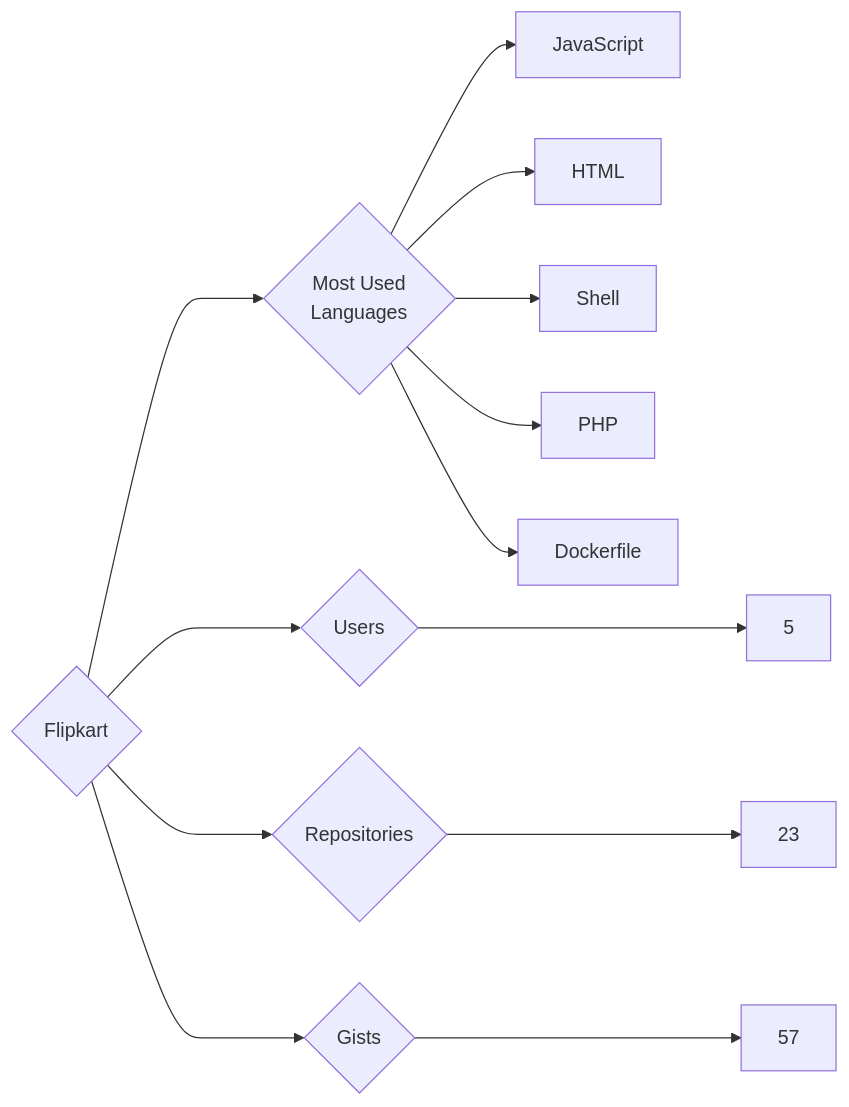
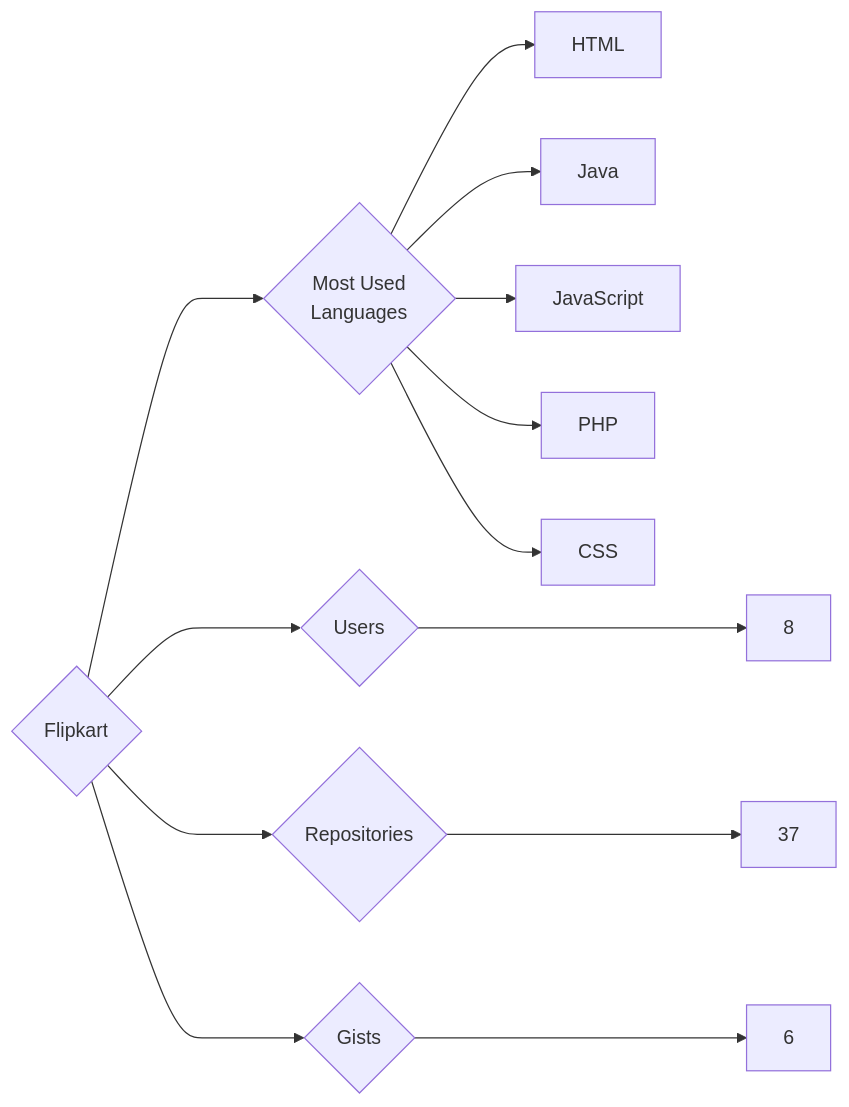
The diagram in targets/Flipkart/README.md (trickest/insiders), drawn with Mermaid before and after one commit. The commit also changed 840 other files, not shown here.

````diff
--- a/targets/Flipkart/README.md
+++ b/targets/Flipkart/README.md
@@ -3,13 +3,13 @@
 ```mermaid
 graph LR
 COMPANY_NAME{Flipkart}
-COMPANY_NAME ---> U{Users} ---> UN[5]
-COMPANY_NAME ---> R{Repositories} ---> RN[23]
-COMPANY_NAME ---> G{Gists} ---> GN[57]
+COMPANY_NAME ---> U{Users} ---> UN[8]
+COMPANY_NAME ---> R{Repositories} ---> RN[37]
+COMPANY_NAME ---> G{Gists} ---> GN[6]
 COMPANY_NAME ---> ML{Most Used<br>Languages}
+ML --> HTML[HTML]
+ML --> Java[Java]
 ML --> JavaScript[JavaScript]
-ML --> HTML[HTML]
-ML --> Shell[Shell]
 ML --> PHP[PHP]
-ML --> Dockerfile[Dockerfile]
+ML --> CSS[CSS]
 ```
````
